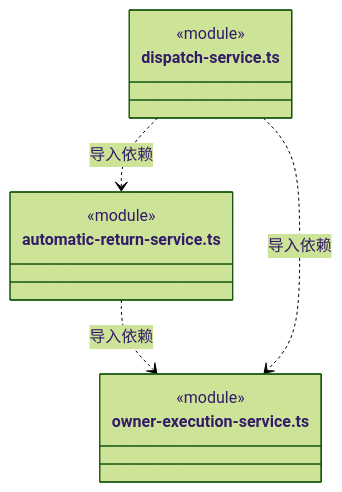
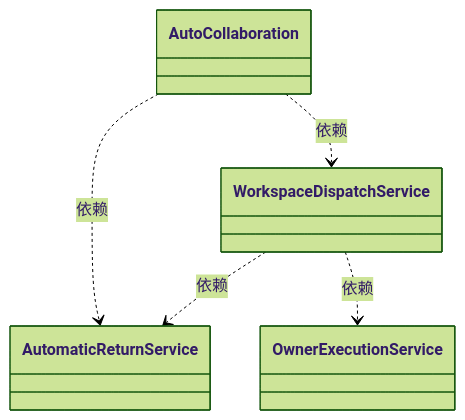
The diagram in src/logic/dispatch/runtime/ARCHITECTURE.md (nan023062/cbim), drawn with Mermaid (forest theme) before and after one commit. The commit also changed other lines of this file and 158 other files, not shown here.

Commit message:
docs: model architecture through nested virtual encapsulations

````diff
--- a/src/logic/dispatch/runtime/ARCHITECTURE.md
+++ b/src/logic/dispatch/runtime/ARCHITECTURE.md
@@ -537,15 +22,15 @@
 ```mermaid
 classDiagram
-class N_src_logic_dispatch_runtime_automatic_return_service_ts["automatic-return-service.ts"] {
-  <<module>>
-}
-class N_src_logic_dispatch_runtime_owner_execution_service_ts["owner-execution-service.ts"] {
-  <<module>>
-}
-class N_src_logic_dispatch_runtime_dispatch_service_ts["dispatch-service.ts"] {
-  <<module>>
-}
-N_src_logic_dispatch_runtime_automatic_return_service_ts ..> N_src_logic_dispatch_runtime_owner_execution_service_ts : 导入依赖
-N_src_logic_dispatch_runtime_dispatch_service_ts ..> N_src_logic_dispatch_runtime_automatic_return_service_ts : 导入依赖
-N_src_logic_dispatch_runtime_dispatch_service_ts ..> N_src_logic_dispatch_runtime_owner_execution_service_ts : 导入依赖
+class N_f1980be966ec["WorkspaceDispatchService"]
+click N_f1980be966ec href "dispatch-service.ts"
+class N_a862baf1d3ad["AutoCollaboration"]
+click N_a862baf1d3ad href "auto-collaboration.ts"
+class N_da84656340a6["AutomaticReturnService"]
+click N_da84656340a6 href "automatic-return-service.ts"
+class N_4705c7f38245["OwnerExecutionService"]
+click N_4705c7f38245 href "owner-execution-service.ts"
+N_a862baf1d3ad ..> N_f1980be966ec : 依赖
+N_a862baf1d3ad ..> N_da84656340a6 : 依赖
+N_f1980be966ec ..> N_da84656340a6 : 依赖
+N_f1980be966ec ..> N_4705c7f38245 : 依赖
 ```
````
